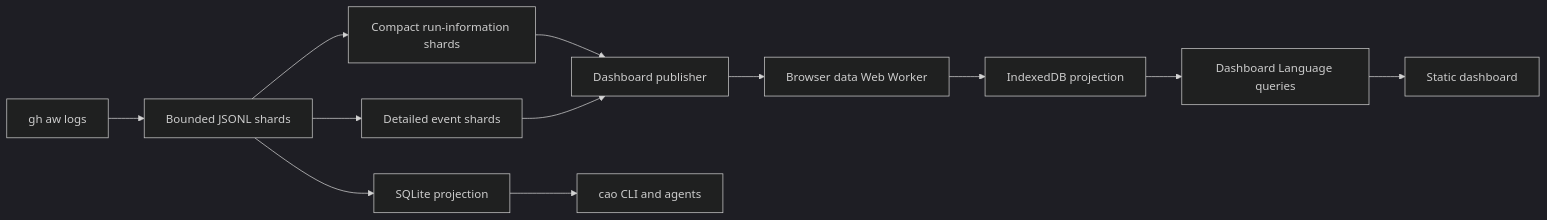
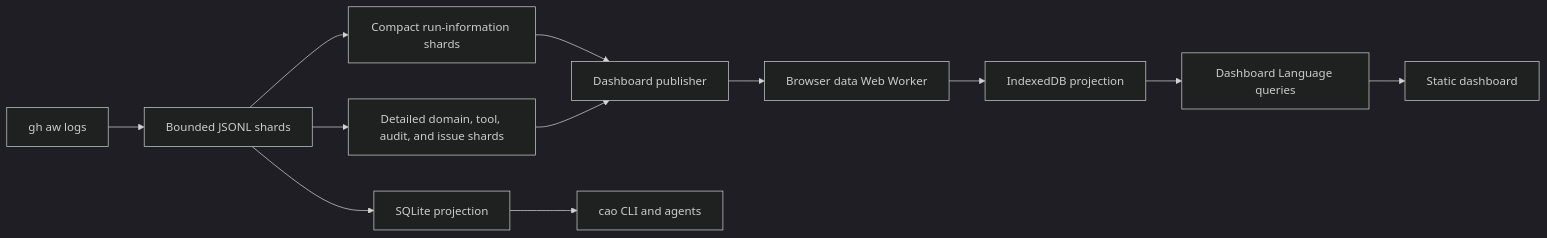
The second of 2 diagrams in ARCHITECTURE.md (githubnext/gh-aw-cao), drawn with Mermaid (dark theme) before and after one commit. The commit also changed 19 other files, not shown here.

````diff
--- a/ARCHITECTURE.md
+++ b/ARCHITECTURE.md
@@ -70,22 +70,22 @@
 ```mermaid
 flowchart LR
     Logs["gh aw logs"]
     Shards["Bounded JSONL shards"]
     Runs["Compact run-information shards"]
-    Events["Detailed event shards"]
+    Records["Detailed domain, tool, audit, and issue shards"]
     SQLite["SQLite projection"]
     Publisher["Dashboard publisher"]
     Worker["Browser data Web Worker"]
     IndexedDB["IndexedDB projection"]
     Query["Dashboard Language queries"]
     UI["Static dashboard"]
     CLI["cao CLI and agents"]
 
     Logs --> Shards
     Shards --> SQLite --> CLI
     Shards --> Runs
-    Shards --> Events
+    Shards --> Records
     Runs --> Publisher
-    Events --> Publisher --> Worker
+    Records --> Publisher --> Worker
     Worker --> IndexedDB --> Query --> UI
 ```
````
